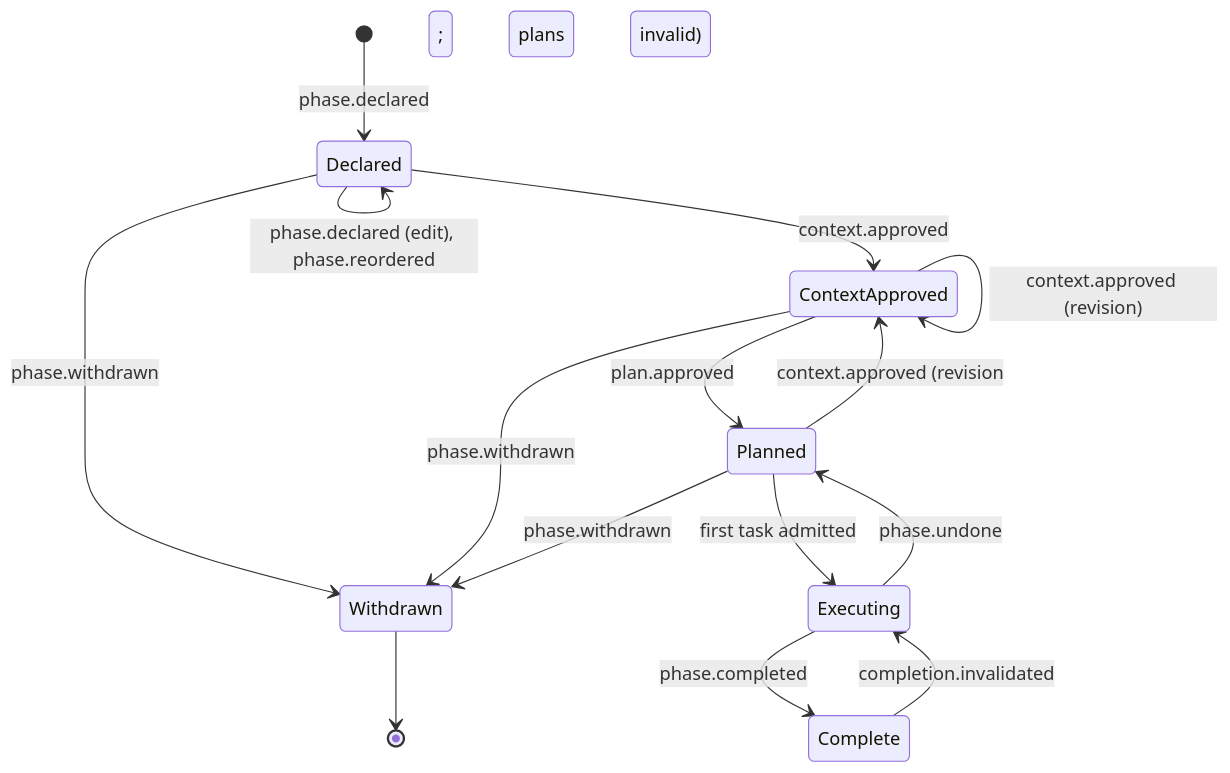
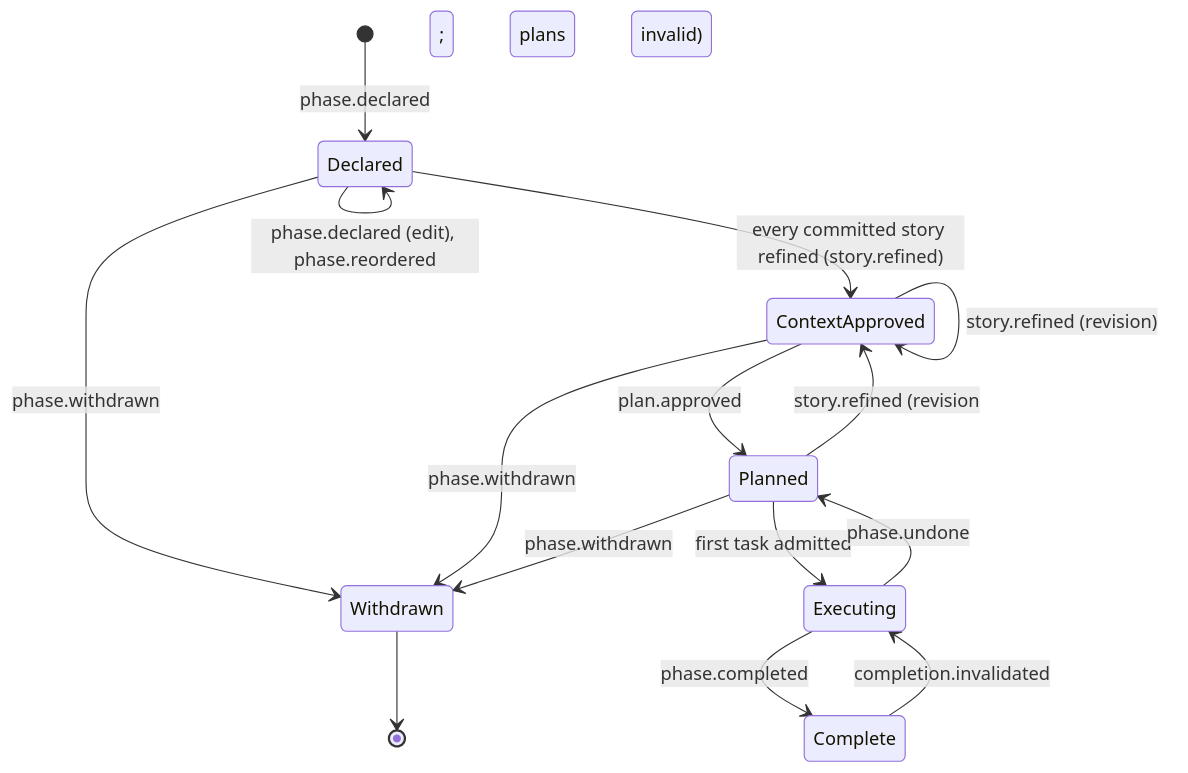
Before and after one commit to crenshawdev/baley: the first of 5 diagrams in docs/design/0004-starting-a-project-and-changing-scope.md, drawn with Mermaid. The commit also changed other lines of this file and 6 other files, not shown here.

First line of the commit message:
docs(design): add context, plans and acceptance as stories and sprints, 0005

````diff
--- a/docs/design/0004-starting-a-project-and-changing-scope.md
+++ b/docs/design/0004-starting-a-project-and-changing-scope.md
@@ -252,17 +249,17 @@
 ```mermaid
 stateDiagram-v2
   [*] --> Declared: phase.declared
   Declared --> Declared: phase.declared (edit), phase.reordered
-  Declared --> ContextApproved: context.approved
-  ContextApproved --> ContextApproved: context.approved (revision)
+  Declared --> ContextApproved: every committed story refined (story.refined)
+  ContextApproved --> ContextApproved: story.refined (revision)
   ContextApproved --> Planned: plan.approved
-  Planned --> ContextApproved: context.approved (revision; plans invalid)
+  Planned --> ContextApproved: story.refined (revision; plans invalid)
   Planned --> Executing: first task admitted
   Executing --> Planned: phase.undone
   Executing --> Complete: phase.completed
   Complete --> Executing: completion.invalidated
   Declared --> Withdrawn: phase.withdrawn
   ContextApproved --> Withdrawn: phase.withdrawn
   Planned --> Withdrawn: phase.withdrawn
   Withdrawn --> [*]
 ```
````
